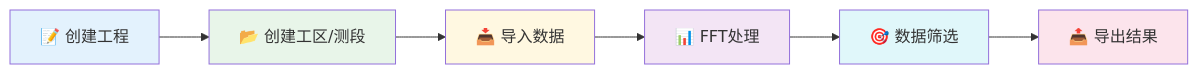
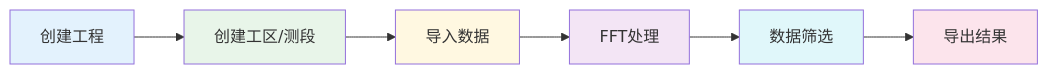
Before and after one commit to EMWPJ/MTDataPro-docs: the fourth of 7 diagrams in source/chapters/chapter1.md, drawn with Mermaid. The commit also changed other lines of this file and 6 other files, not shown here.

````diff
--- a/source/chapters/chapter1.md
+++ b/source/chapters/chapter1.md
@@ -526,15 +526,15 @@
 ```mermaid
 graph LR
-    A[📝 创建工程] --> B[📂 创建工区/测段]
-    B --> C[📥 导入数据]
-    C --> D[📊 FFT处理]
-    D --> E[🎯 数据筛选]
-    E --> F[📤 导出结果]
+    A[创建工程] --> B[创建工区/测段]
+    B --> C[导入数据]
+    C --> D[FFT处理]
+    D --> E[数据筛选]
+    E --> F[导出结果]
     
     style A fill:#e3f2fd
     style B fill:#e8f5e9
     style C fill:#fff8e1
     style D fill:#f3e5f5
     style E fill:#e0f7fa
     style F fill:#fce4ec
 ```
````
